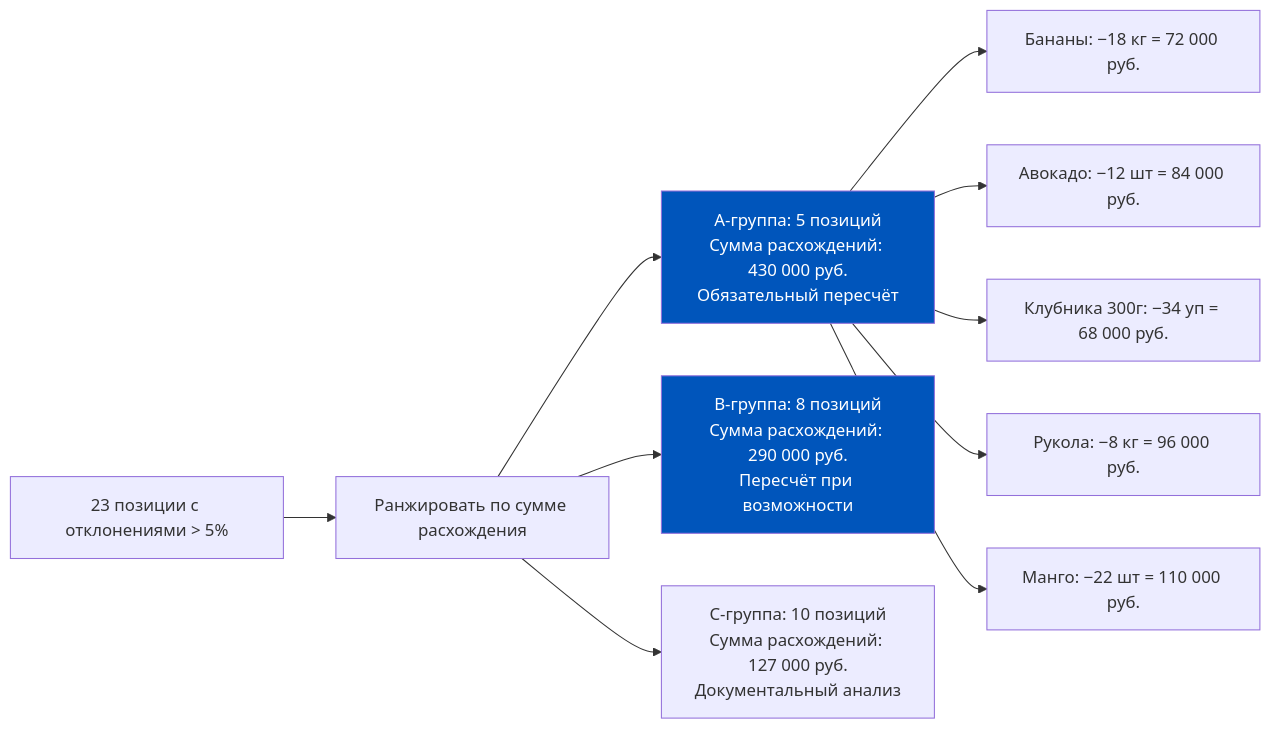
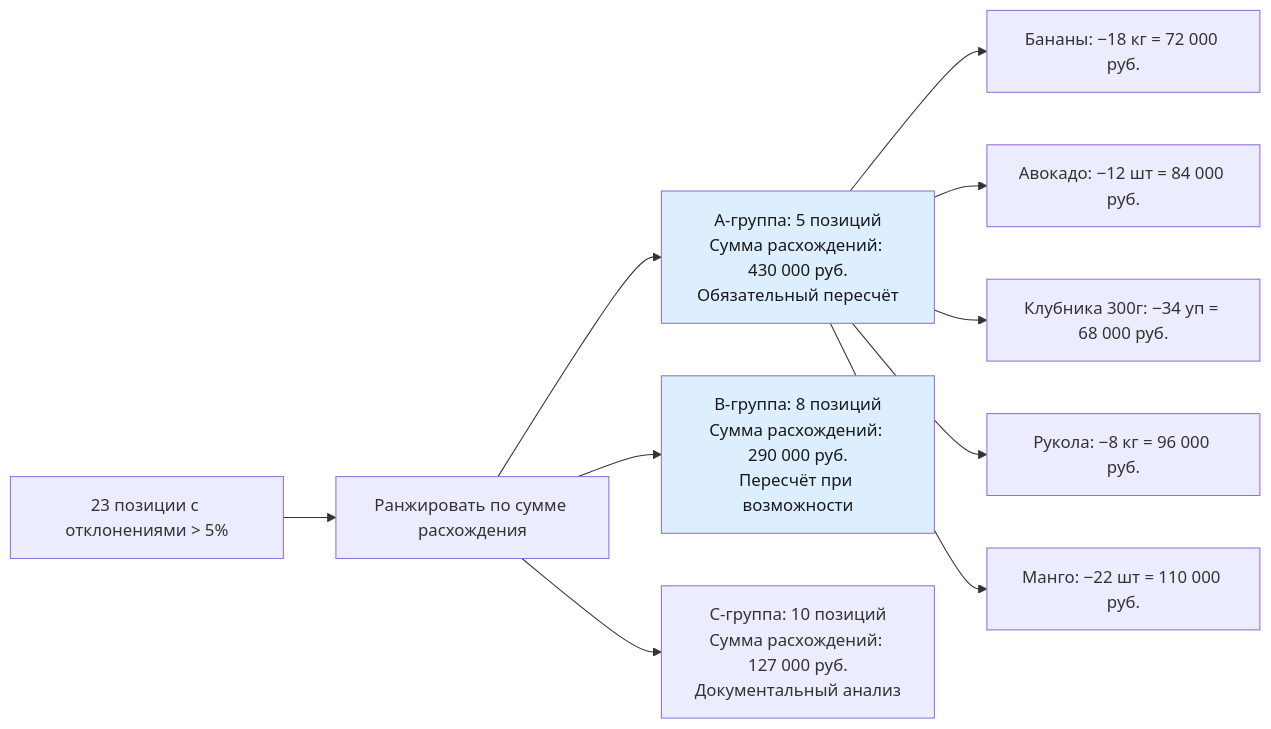
Before and after one commit to murad1986/1c-erp-quartz: the fourth of 8 diagrams in content/1c-erp/week_5/Неделя 5 - День 6 - Практикум по аудиту склада.md, drawn with Mermaid. The commit also changed other lines of this file and 57 other files, not shown here.

First line of the commit message:
fix: Mermaid — пастельные цвета в источниках диаграмм (56 файлов)

````diff
--- a/content/1c-erp/week_5/Неделя 5 - День 6 - Практикум по аудиту склада.md
+++ b/content/1c-erp/week_5/Неделя 5 - День 6 - Практикум по аудиту склада.md
@@ -186,16 +186,16 @@
 ```mermaid
 flowchart LR
     A[23 позиции с отклонениями > 5%] --> B[Ранжировать по сумме расхождения]
     B --> C["A-группа: 5 позиций<br/>Сумма расхождений: 430 000 руб.<br/>Обязательный пересчёт"]
     B --> D["B-группа: 8 позиций<br/>Сумма расхождений: 290 000 руб.<br/>Пересчёт при возможности"]
     B --> E["C-группа: 10 позиций<br/>Сумма расхождений: 127 000 руб.<br/>Документальный анализ"]
 
     C --> F[Бананы: −18 кг = 72 000 руб.]
     C --> G[Авокадо: −12 шт = 84 000 руб.]
     C --> H[Клубника 300г: −34 уп = 68 000 руб.]
     C --> I[Рукола: −8 кг = 96 000 руб.]
     C --> J[Манго: −22 шт = 110 000 руб.]
 
-    style C fill:#0055BB,color:#fff
-    style D fill:#0055BB,color:#fff
+    style C fill:#dceeff,color:#1a1a1a
+    style D fill:#dceeff,color:#1a1a1a
 ```
````
